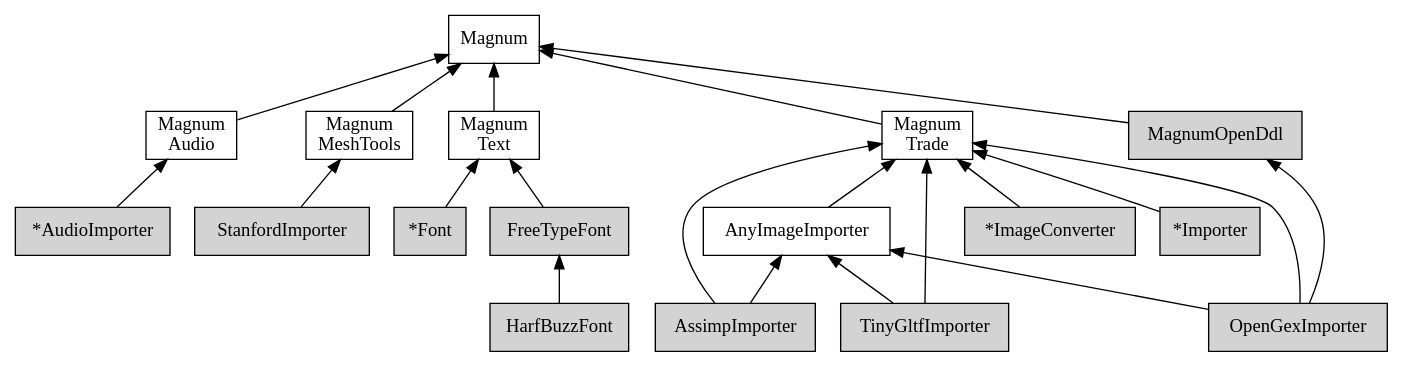
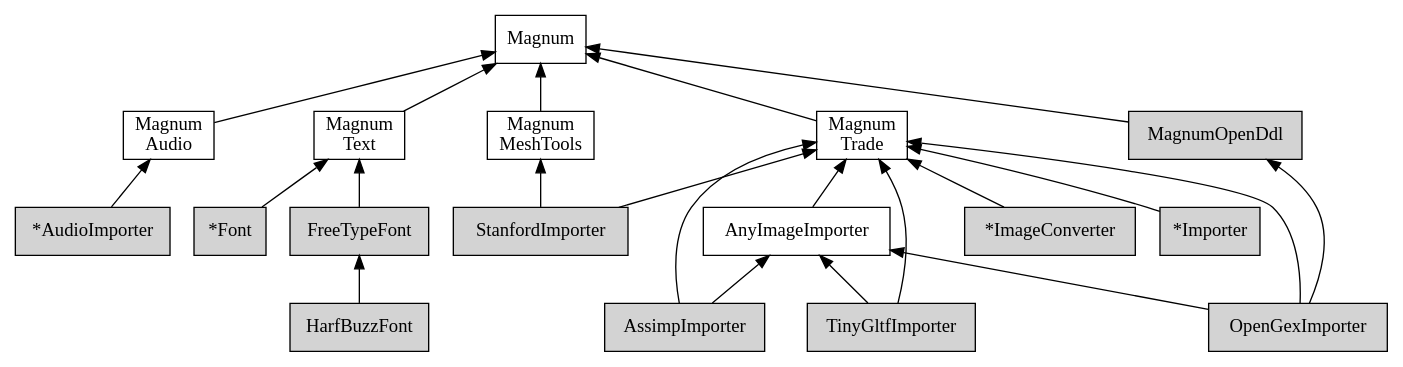
One commit to mosra/magnum-plugins changed the diagram in doc/custom-buildsystems-plugins-order.dot. Above: the diagram before and after it, drawn with Graphviz.

Commit message:
doc: forgot to list this dependency.

```diff
--- a/doc/custom-buildsystems-plugins-order.dot
+++ b/doc/custom-buildsystems-plugins-order.dot
@@ -1,78 +1,79 @@
 /*
     This file is part of Magnum.
 
     Copyright © 2010, 2011, 2012, 2013, 2014, 2015, 2016, 2017, 2018, 2019
               Vladimír Vondruš <mosra@centrum.cz>
 
     Permission is hereby granted, free of charge, to any person obtaining a
     copy of this software and associated documentation files (the "Software"),
     to deal in the Software without restriction, including without limitation
     the rights to use, copy, modify, merge, publish, distribute, sublicense,
     and/or sell copies of the Software, and to permit persons to whom the
     Software is furnished to do so, subject to the following conditions:
 
     The above copyright notice and this permission notice shall be included
     in all copies or substantial portions of the Software.
 
     THE SOFTWARE IS PROVIDED "AS IS", WITHOUT WARRANTY OF ANY KIND, EXPRESS OR
     IMPLIED, INCLUDING BUT NOT LIMITED TO THE WARRANTIES OF MERCHANTABILITY,
     FITNESS FOR A PARTICULAR PURPOSE AND NONINFRINGEMENT. IN NO EVENT SHALL
     THE AUTHORS OR COPYRIGHT HOLDERS BE LIABLE FOR ANY CLAIM, DAMAGES OR OTHER
     LIABILITY, WHETHER IN AN ACTION OF CONTRACT, TORT OR OTHERWISE, ARISING
     FROM, OUT OF OR IN CONNECTION WITH THE SOFTWARE OR THE USE OR OTHER
     DEALINGS IN THE SOFTWARE.
 */
 
 digraph "Magnum Plugins dependency order" {
     rankdir=BT
     ranksep=0.5
     node [style=filled shape=rect margin="0.03,0.03"]
 
     Magnum [style=solid class="m-info"]
     MagnumAudio [style=solid label="Magnum\nAudio" class="m-info"]
     MagnumMeshTools [style=solid label="Magnum\nMeshTools" class="m-info"]
     MagnumText [style=solid label="Magnum\nText" class="m-info"]
     MagnumTrade [style=solid label="Magnum\nTrade" class="m-info"]
 
     {rank=same MagnumAudio MagnumMeshTools MagnumText MagnumTrade}
 
     AnyImageImporter [style=solid class="m-success"]
 
     MagnumOpenDdl [class="m-info"]
 
     AudioImporter [label="*AudioImporter" class="m-success"]
     ImageConverter [label="*ImageConverter" class="m-success"]
     Importer [label="*Importer" class="m-success"]
     Font [label="*Font" class="m-success"]
 
     AssimpImporter [class="m-success"]
     FreeTypeFont [class="m-success"]
     HarfBuzzFont [class="m-success"]
     OpenGexImporter [class="m-success"]
     TinyGltfImporter [class="m-success"]
 
     MagnumAudio -> Magnum [class="m-info"]
     MagnumMeshTools -> Magnum [class="m-info"]
     MagnumText -> Magnum [class="m-info"]
     MagnumTrade -> Magnum [class="m-info"]
 
     AnyImageImporter -> MagnumTrade [class="m-success"]
 
     MagnumOpenDdl -> Magnum
 
     AudioImporter -> MagnumAudio
     ImageConverter -> MagnumTrade
     Importer -> MagnumTrade
     Font -> MagnumText
 
     AssimpImporter -> MagnumTrade
     AssimpImporter -> AnyImageImporter
     FreeTypeFont -> MagnumText
     HarfBuzzFont -> FreeTypeFont
     OpenGexImporter -> MagnumTrade
     OpenGexImporter -> AnyImageImporter
     OpenGexImporter -> MagnumOpenDdl
+    StanfordImporter -> MagnumTrade
     StanfordImporter -> MagnumMeshTools
     TinyGltfImporter -> MagnumTrade
     TinyGltfImporter -> AnyImageImporter
 }
```
